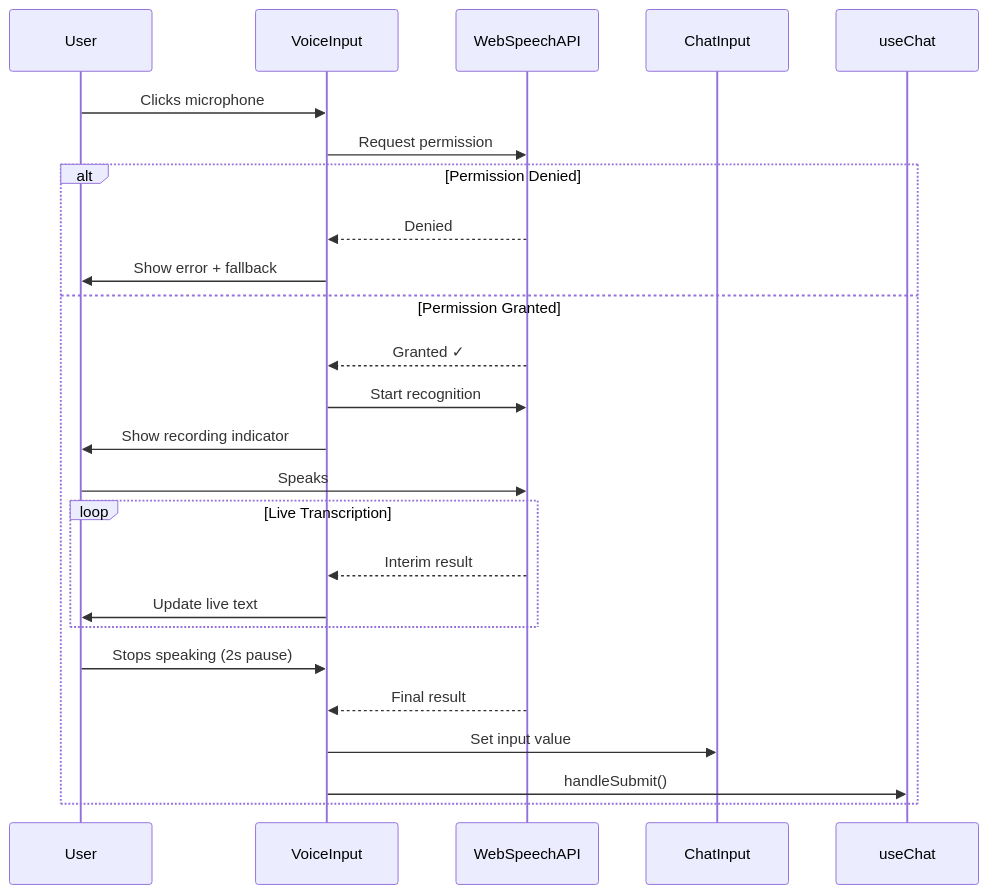
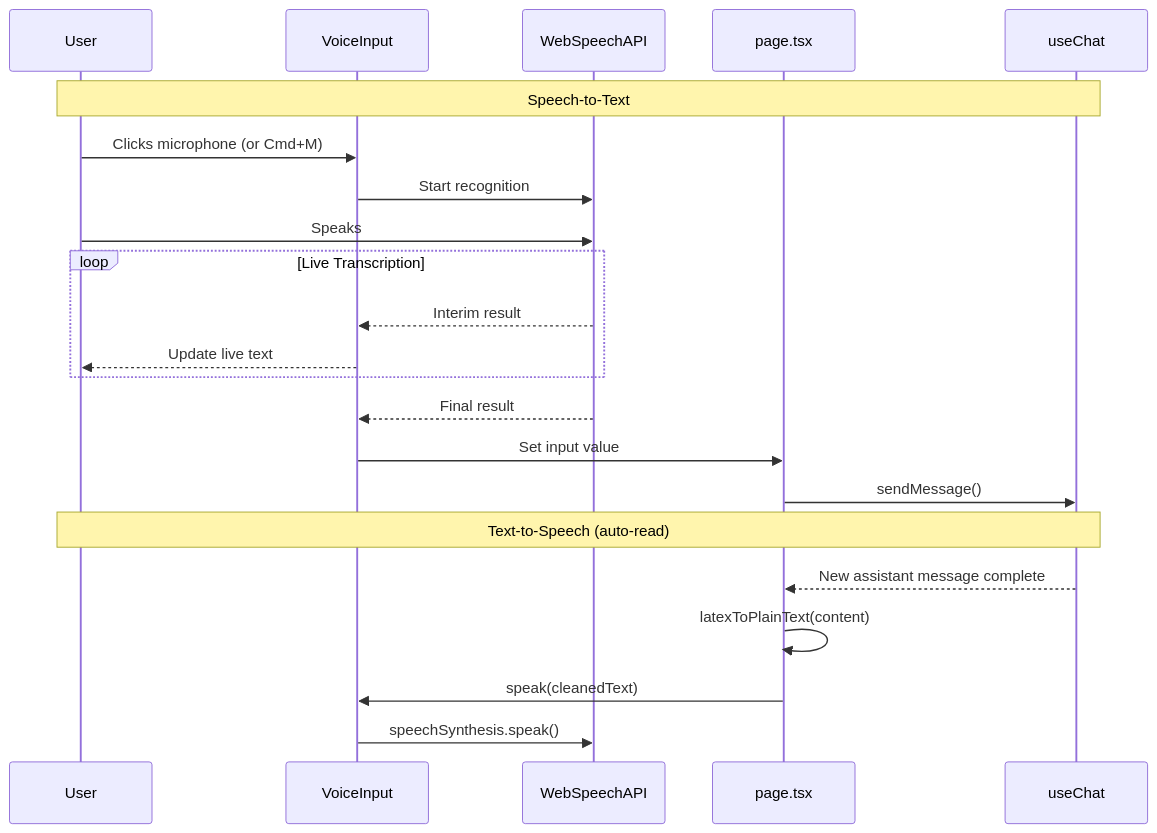
One commit to Rhoahndur/Gandalf changed the sixth of 15 diagrams in architecture.md. Above: the diagram before and after it, drawn with Mermaid. The commit also changed other lines of this file and 15 other files, not shown here.

````diff
--- a/architecture.md
+++ b/architecture.md
@@ -287,33 +246,26 @@
 ```mermaid
 sequenceDiagram
     participant User
     participant VoiceInput
     participant WebSpeechAPI
-    participant ChatInput
+    participant page.tsx
     participant useChat
-    
-    User->>VoiceInput: Clicks microphone
-    VoiceInput->>WebSpeechAPI: Request permission
-    
-    alt Permission Denied
-        WebSpeechAPI-->>VoiceInput: Denied
-        VoiceInput->>User: Show error + fallback
-    else Permission Granted
-        WebSpeechAPI-->>VoiceInput: Granted ✓
-        VoiceInput->>WebSpeechAPI: Start recognition
-        VoiceInput->>User: Show recording indicator
-        
-        User->>WebSpeechAPI: Speaks
-        
-        loop Live Transcription
-            WebSpeechAPI-->>VoiceInput: Interim result
-            VoiceInput->>User: Update live text
-        end
-        
-        User->>VoiceInput: Stops speaking (2s pause)
-        WebSpeechAPI-->>VoiceInput: Final result
-        
-        VoiceInput->>ChatInput: Set input value
-        VoiceInput->>useChat: handleSubmit()
+
+    Note over User,useChat: Speech-to-Text
+    User->>VoiceInput: Clicks microphone (or Cmd+M)
+    VoiceInput->>WebSpeechAPI: Start recognition
+    User->>WebSpeechAPI: Speaks
+    loop Live Transcription
+        WebSpeechAPI-->>VoiceInput: Interim result
+        VoiceInput-->>User: Update live text
     end
+    WebSpeechAPI-->>VoiceInput: Final result
+    VoiceInput->>page.tsx: Set input value
+    page.tsx->>useChat: sendMessage()
+
+    Note over User,useChat: Text-to-Speech (auto-read)
+    useChat-->>page.tsx: New assistant message complete
+    page.tsx->>page.tsx: latexToPlainText(content)
+    page.tsx->>VoiceInput: speak(cleanedText)
+    VoiceInput->>WebSpeechAPI: speechSynthesis.speak()
 ```
````
